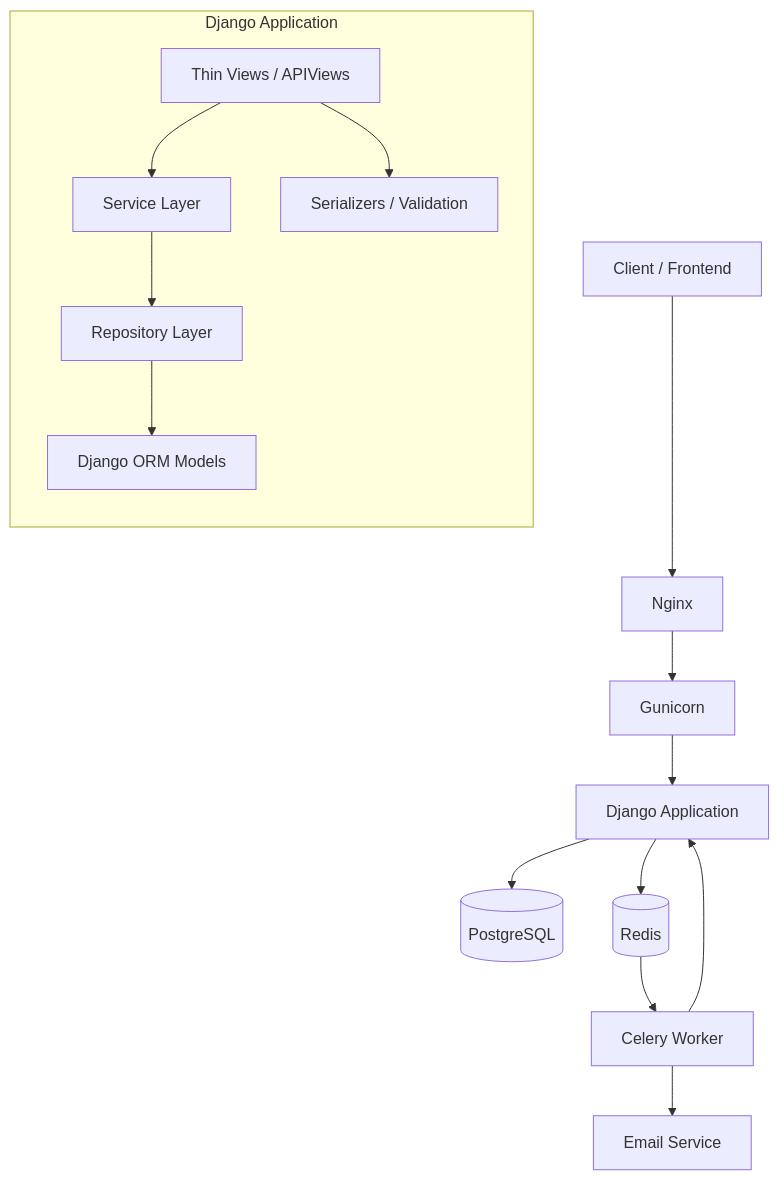
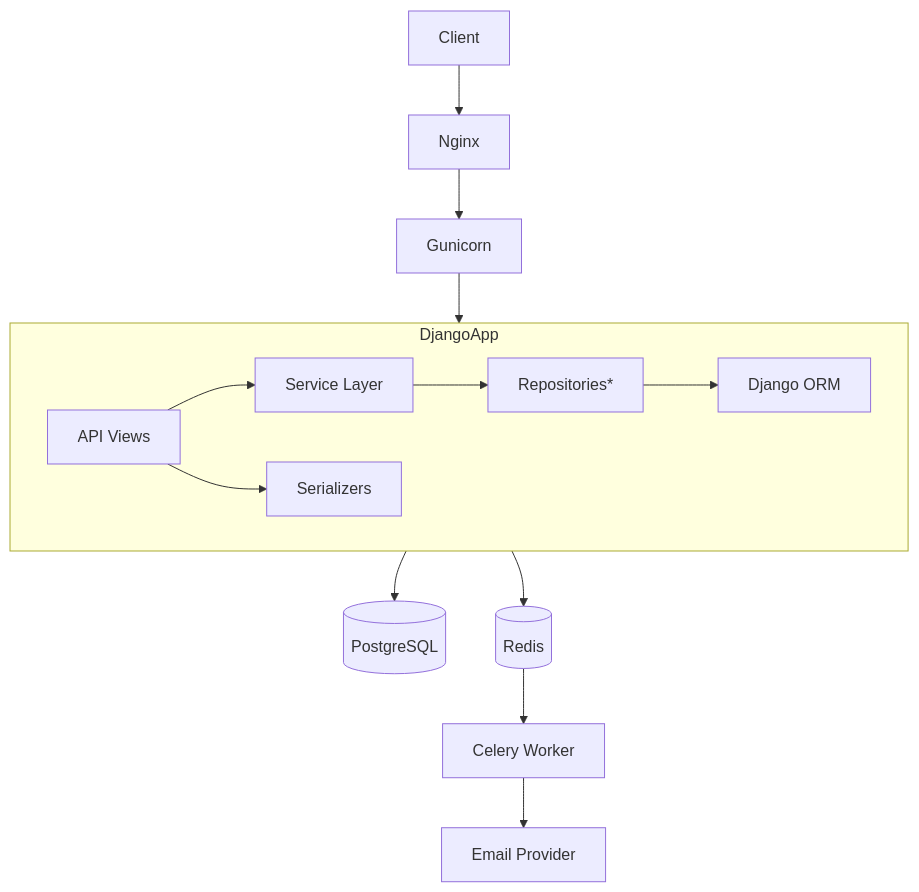
One commit to ByteBite1391/NetShop changed the diagram in README.md. Above: the diagram before and after it, drawn with Mermaid. The commit also changed other lines of this file, not shown here.

````diff
--- a/README.md
+++ b/README.md
@@ -73,21 +65,20 @@
 ```mermaid
 graph TD
-    Client[Client / Frontend] --> Nginx
+    Client[Client] --> Nginx
     Nginx --> Gunicorn
-    Gunicorn --> DjangoApp[Django Application]
+    Gunicorn --> DjangoApp
 
-    subgraph Django Application
-        direction TB
-        Views[Thin Views / APIViews] --> Services[Service Layer]
-        Services --> Repositories[Repository Layer]
-        Repositories --> Models[Django ORM Models]
-        Serializers[Serializers / Validation]
+    subgraph DjangoApp
+        direction LR
+        Views[API Views] --> Services[Service Layer]
+        Services --> Repo[Repositories*]
+        Repo --> Models[Django ORM]
+        Serializers[Serializers]
         Views --> Serializers
     end
 
     DjangoApp --> PostgreSQL[(PostgreSQL)]
     DjangoApp --> Redis[(Redis)]
-    Redis --> CeleryWorker[Celery Worker]
-    CeleryWorker --> DjangoApp
-    CeleryWorker --> EmailService[Email Service]
+    Redis --> Celery[Celery Worker]
+    Celery --> Email[Email Provider]
 ```
````
